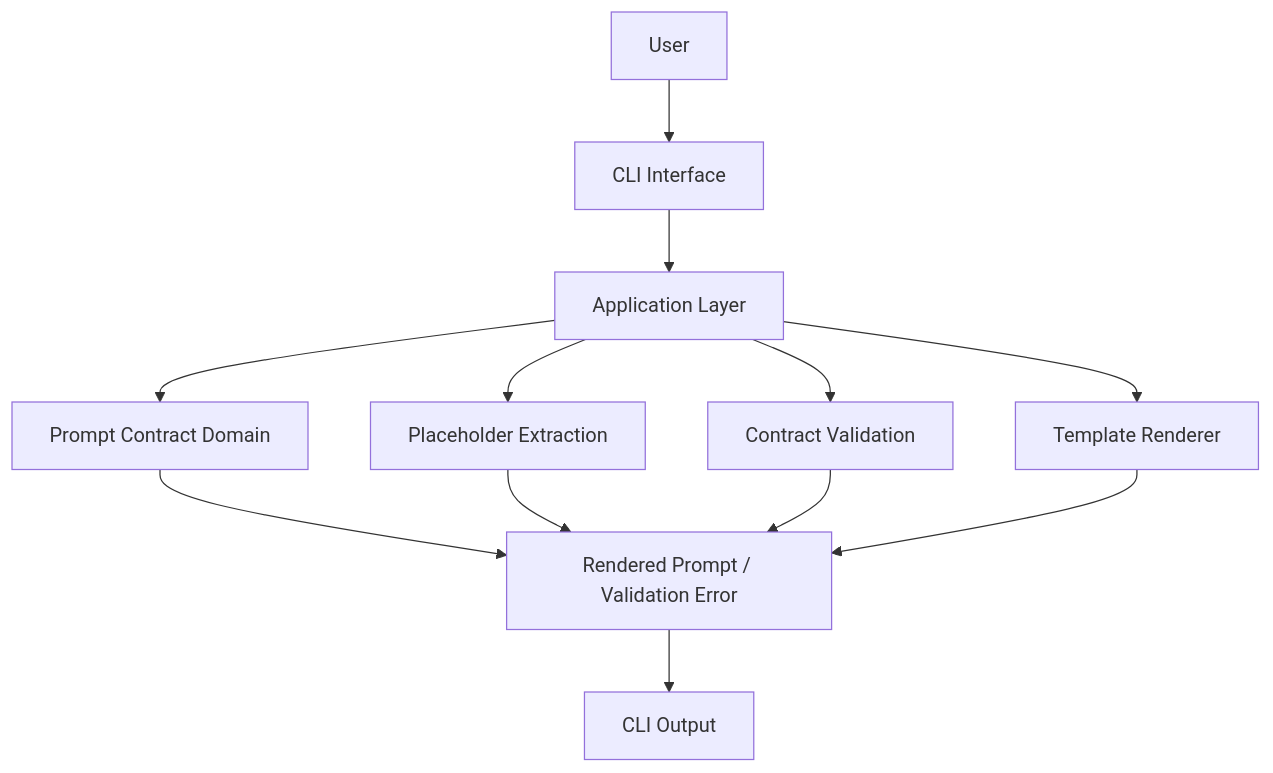
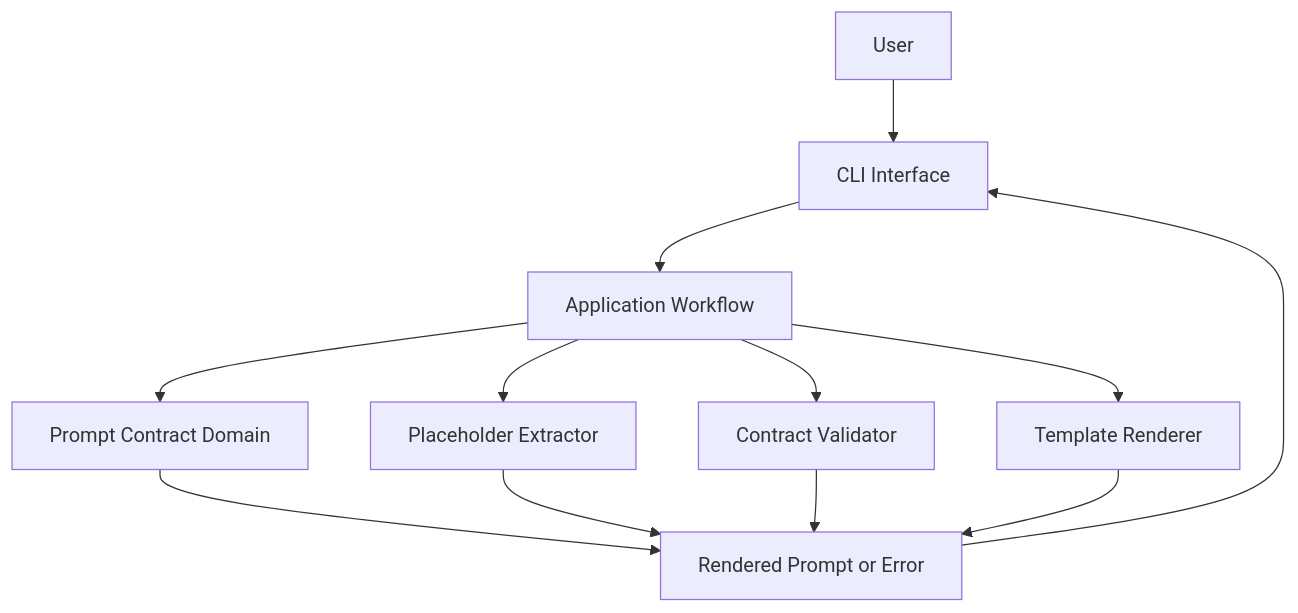
The second of 3 diagrams in 1_Bro_Became_AI_Engineer/01_Daily_Learning/Week_01/02_Prompt_Contracts/Project/prompt-contract-lab/README.md (mzaid-dev/Bro_to_FAANG-exe), drawn with Mermaid before and after one commit. The commit also changed other lines of this file and 1 other file, not shown here.

Commit message:
docs(prompt-contract-lab): polish README and project documentation

````diff
--- a/1_Bro_Became_AI_Engineer/01_Daily_Learning/Week_01/02_Prompt_Contracts/Project/prompt-contract-lab/README.md
+++ b/1_Bro_Became_AI_Engineer/01_Daily_Learning/Week_01/02_Prompt_Contracts/Project/prompt-contract-lab/README.md
@@ -223,17 +107,14 @@
 ```mermaid
 flowchart TD
     U["User"] --> CLI["CLI Interface"]
-    CLI --> APP["Application Layer"]
-
+    CLI --> APP["Application Workflow"]
     APP --> DOMAIN["Prompt Contract Domain"]
-    APP --> EXTRACTOR["Placeholder Extraction"]
-    APP --> VALIDATOR["Contract Validation"]
-    APP --> RENDERER["Template Renderer"]
-
-    DOMAIN --> RESULT["Rendered Prompt / Validation Error"]
-    EXTRACTOR --> RESULT
-    VALIDATOR --> RESULT
-    RENDERER --> RESULT
-
-    RESULT --> OUTPUT["CLI Output"]
+    APP --> EXTRACT["Placeholder Extractor"]
+    APP --> VALIDATE["Contract Validator"]
+    APP --> RENDER["Template Renderer"]
+    DOMAIN --> RESULT["Rendered Prompt or Error"]
+    EXTRACT --> RESULT
+    VALIDATE --> RESULT
+    RENDER --> RESULT
+    RESULT --> CLI
 ```
````
